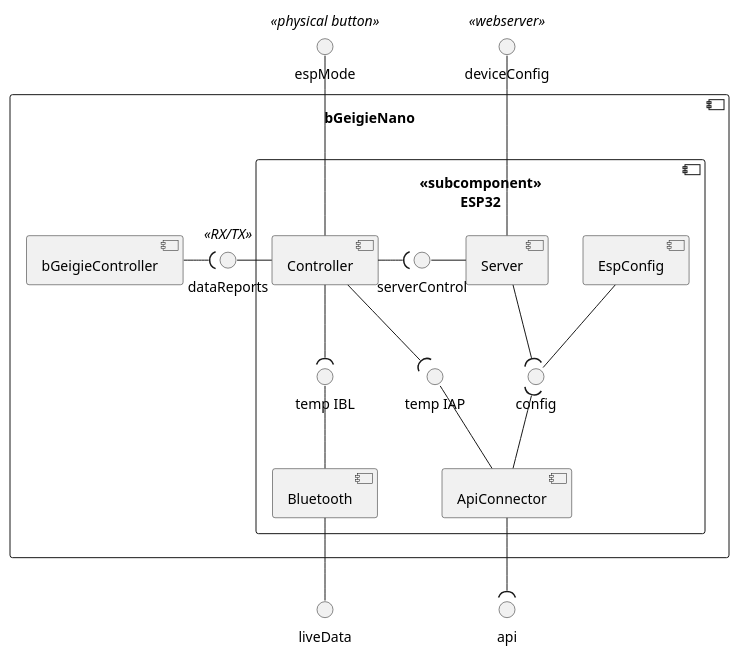
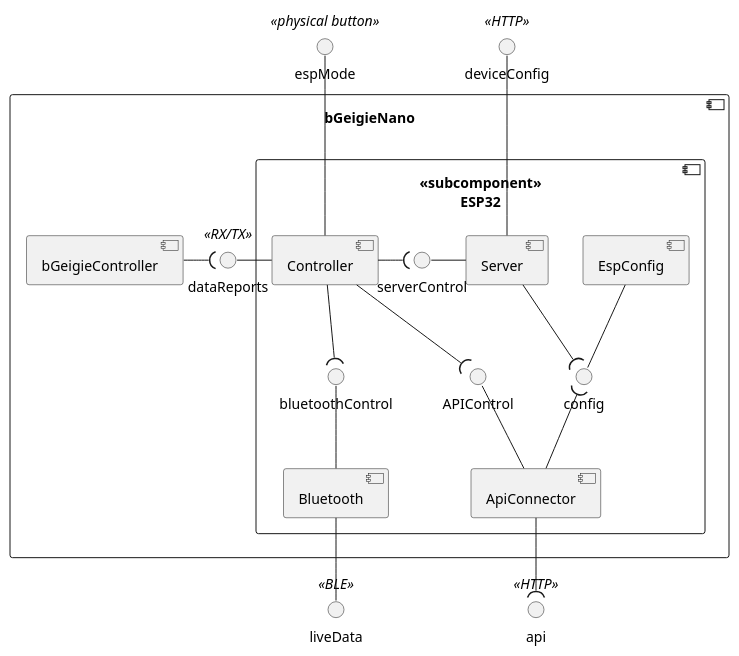
The diagram in designs/diagrams/components.puml (Safecast/bGeigieCast), drawn with PlantUML before and after one commit. The commit also changed 5 other files, not shown here.

Commit message:
update software design diagrams

```diff
--- a/designs/diagrams/components.puml
+++ b/designs/diagrams/components.puml
@@ -1,47 +1,47 @@
 @startuml
 
 interface espMode<<physical button>>
-interface deviceConfig<<webserver>>
-interface liveData
-interface api
+interface deviceConfig<<HTTP>>
+interface liveData<<BLE>>
+interface api<<HTTP>>
 
 component bGeigieNano\n {
     interface dataReports<<RX/TX>>
     component bGeigieController
 
     component <<subcomponent>>\nESP32\n {
-        interface IBL as "temp IBL"
-        interface IAP as "temp IAP"
+        interface IBL as "bluetoothControl"
+        interface IAP as "APIControl"
         interface serverControl
         component Controller
         component Server
         component ApiConnector
         component Bluetooth
         component EspConfig
 
         ''' For ordering '''
         Server -[hidden]> EspConfig
         ''''''
 
         Controller -( serverControl
         serverControl - Server
         dataReports - Controller
         config )-u- Server
         config -u- EspConfig
         deviceConfig -d- Server
         espMode -d- Controller
         IBL )-u- Controller
         IBL -d- Bluetooth
         IAP )-u- Controller
         IAP -d- ApiConnector
         ApiConnector -u-( config
 
         liveData -u- Bluetooth
         api )-u- ApiConnector
     }
 
     bGeigieController -( dataReports
 
 }
 
 @enduml
```
